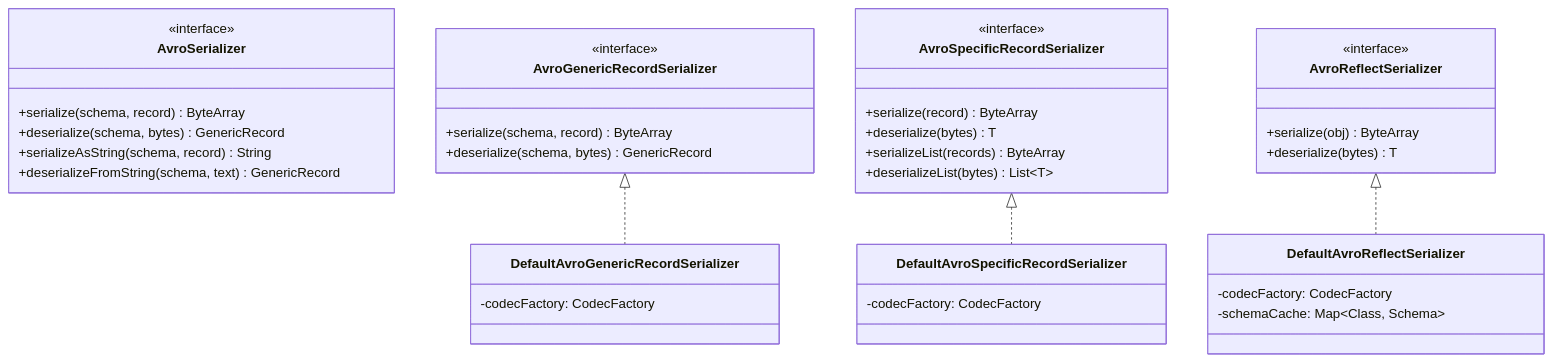
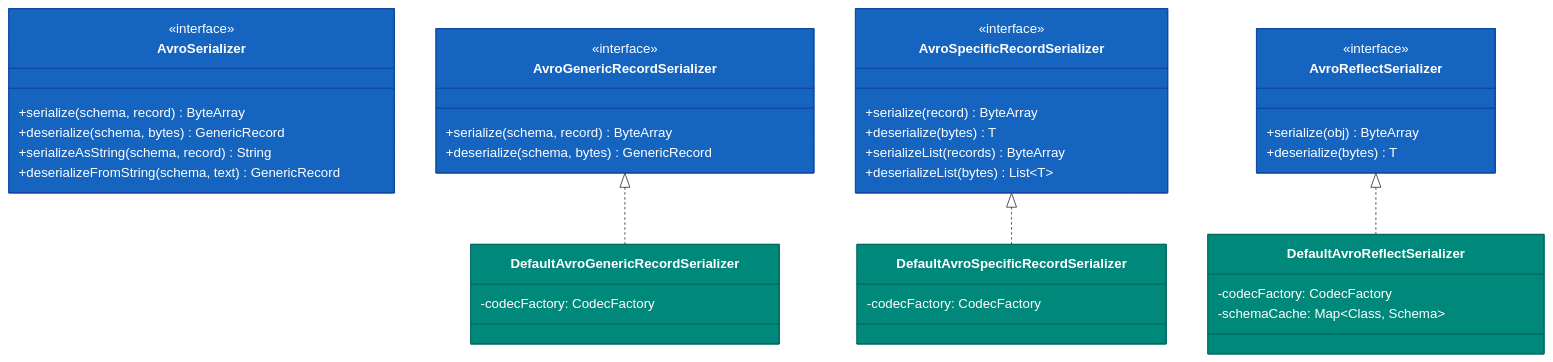
Before and after one commit to bluetape4k/bluetape4k-projects: the first of 3 diagrams in io/avro/README.ko.md, drawn with Mermaid. The commit also changed other lines of this file and 221 other files, not shown here.

First line of the commit message:
docs: 전체 모듈 README UML 다이어그램 보강 및 색상 업그레이드

````diff
--- a/io/avro/README.ko.md
+++ b/io/avro/README.ko.md
@@ -124,48 +124,55 @@
 ```mermaid
 classDiagram
     class AvroSerializer {
         <<interface>>
         +serialize(schema, record) ByteArray
         +deserialize(schema, bytes) GenericRecord
         +serializeAsString(schema, record) String
         +deserializeFromString(schema, text) GenericRecord
     }
 
     class AvroGenericRecordSerializer {
         <<interface>>
         +serialize(schema, record) ByteArray
         +deserialize(schema, bytes) GenericRecord
     }
 
     class AvroSpecificRecordSerializer {
         <<interface>>
         +serialize(record) ByteArray
         +deserialize(bytes) T
         +serializeList(records) ByteArray
         +deserializeList(bytes) List~T~
     }
 
     class AvroReflectSerializer {
         <<interface>>
         +serialize(obj) ByteArray
         +deserialize(bytes) T
     }
 
     class DefaultAvroGenericRecordSerializer {
         -codecFactory: CodecFactory
     }
 
     class DefaultAvroSpecificRecordSerializer {
         -codecFactory: CodecFactory
     }
 
     class DefaultAvroReflectSerializer {
         -codecFactory: CodecFactory
         -schemaCache: Map~Class, Schema~
     }
 
     AvroGenericRecordSerializer <|.. DefaultAvroGenericRecordSerializer
     AvroSpecificRecordSerializer <|.. DefaultAvroSpecificRecordSerializer
     AvroReflectSerializer <|.. DefaultAvroReflectSerializer
 
+    style AvroSerializer fill:#1565C0,stroke:#0D47A1,color:#FFFFFF
+    style AvroGenericRecordSerializer fill:#1565C0,stroke:#0D47A1,color:#FFFFFF
+    style AvroSpecificRecordSerializer fill:#1565C0,stroke:#0D47A1,color:#FFFFFF
+    style AvroReflectSerializer fill:#1565C0,stroke:#0D47A1,color:#FFFFFF
+    style DefaultAvroGenericRecordSerializer fill:#00897B,stroke:#00695C,color:#FFFFFF
+    style DefaultAvroSpecificRecordSerializer fill:#00897B,stroke:#00695C,color:#FFFFFF
+    style DefaultAvroReflectSerializer fill:#00897B,stroke:#00695C,color:#FFFFFF
 ```
````
